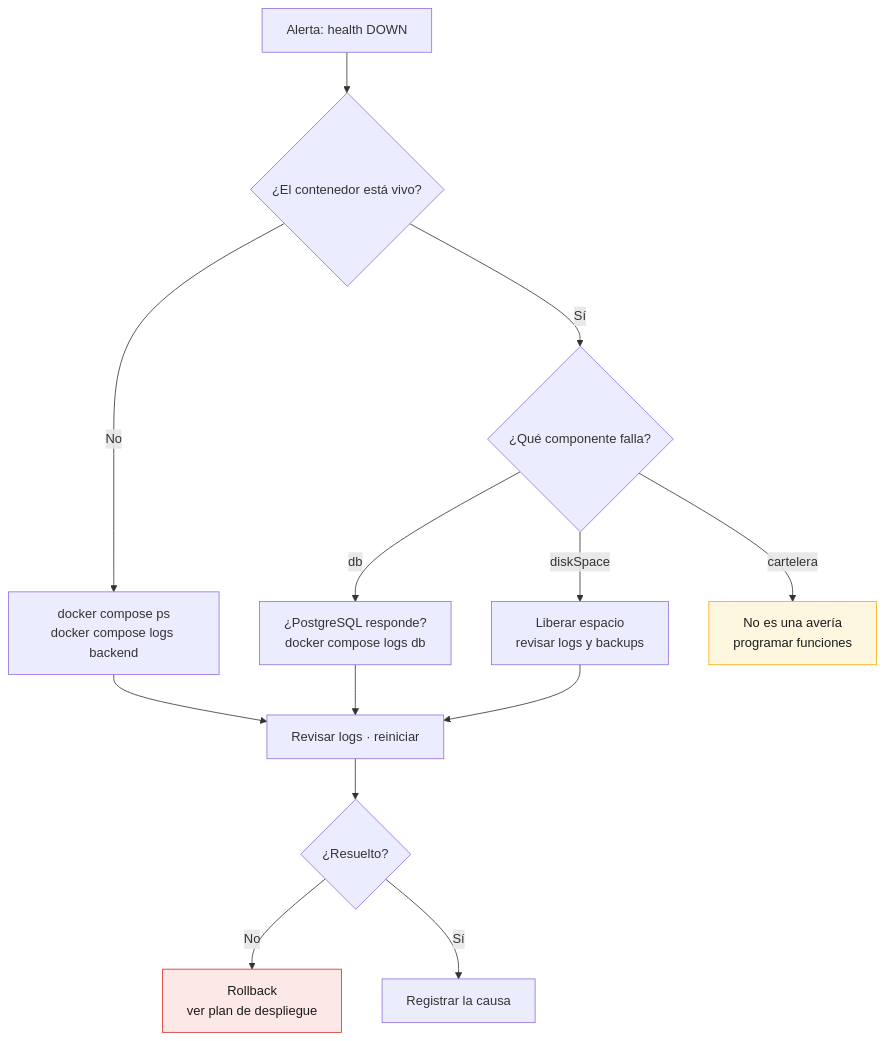
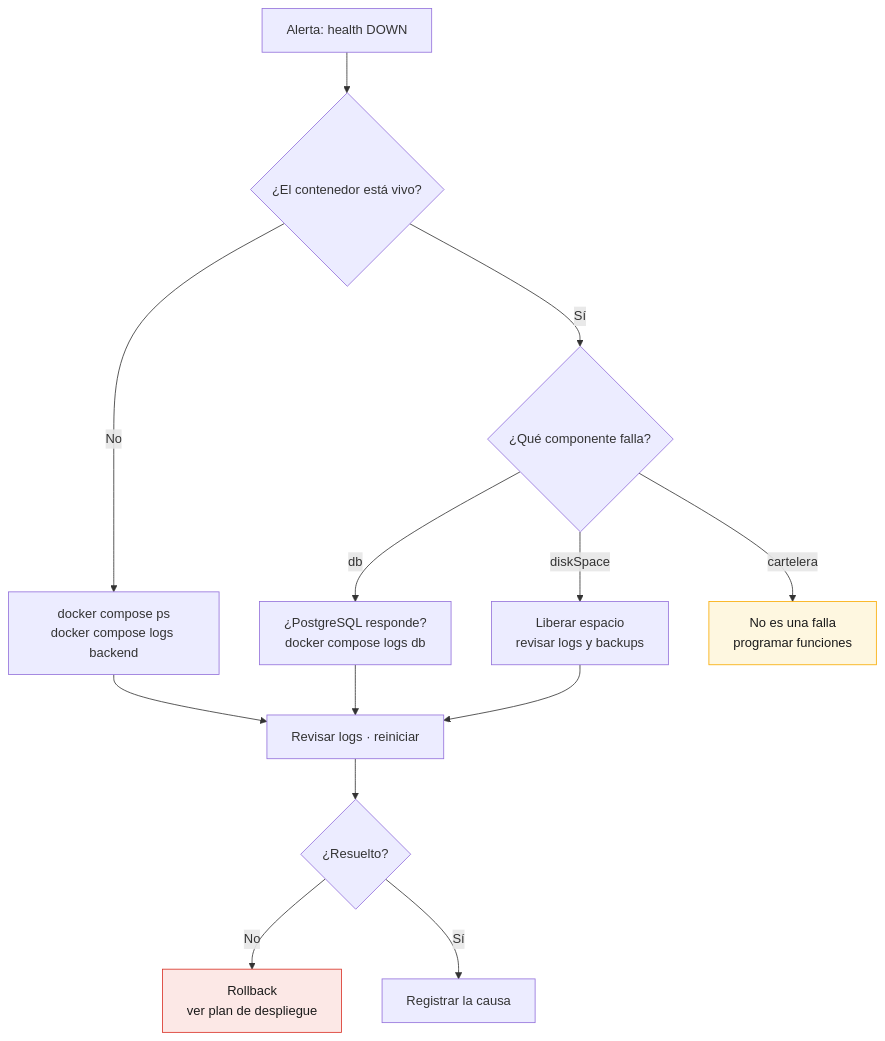
One commit to ariancerna/cineclub-salamanca-app changed the second of 2 diagrams in docs/PLAN_MONITOREO.md. Above: the diagram before and after it, drawn with Mermaid. The commit also changed other lines of this file and 29 other files, not shown here.

````diff
--- a/docs/PLAN_MONITOREO.md
+++ b/docs/PLAN_MONITOREO.md
@@ -284,18 +273,18 @@
 ```mermaid
 flowchart TD
     A["Alerta: health DOWN"] --> B{"¿El contenedor está vivo?"}
     B -->|No| C["docker compose ps<br/>docker compose logs backend"]
     B -->|Sí| D{"¿Qué componente falla?"}
     D -->|db| E["¿PostgreSQL responde?<br/>docker compose logs db"]
     D -->|diskSpace| F["Liberar espacio<br/>revisar logs y backups"]
-    D -->|cartelera| G["No es una avería<br/>programar funciones"]
+    D -->|cartelera| G["No es una falla<br/>programar funciones"]
     C --> H["Revisar logs · reiniciar"]
     E --> H
     F --> H
     H --> I{"¿Resuelto?"}
     I -->|No| J["Rollback<br/>ver plan de despliegue"]
     I -->|Sí| K["Registrar la causa"]
 
     style G fill:#fef7e0,stroke:#f9ab00,color:#1a1a1a
     style J fill:#fce8e6,stroke:#d93025,color:#1a1a1a
 ```
````
